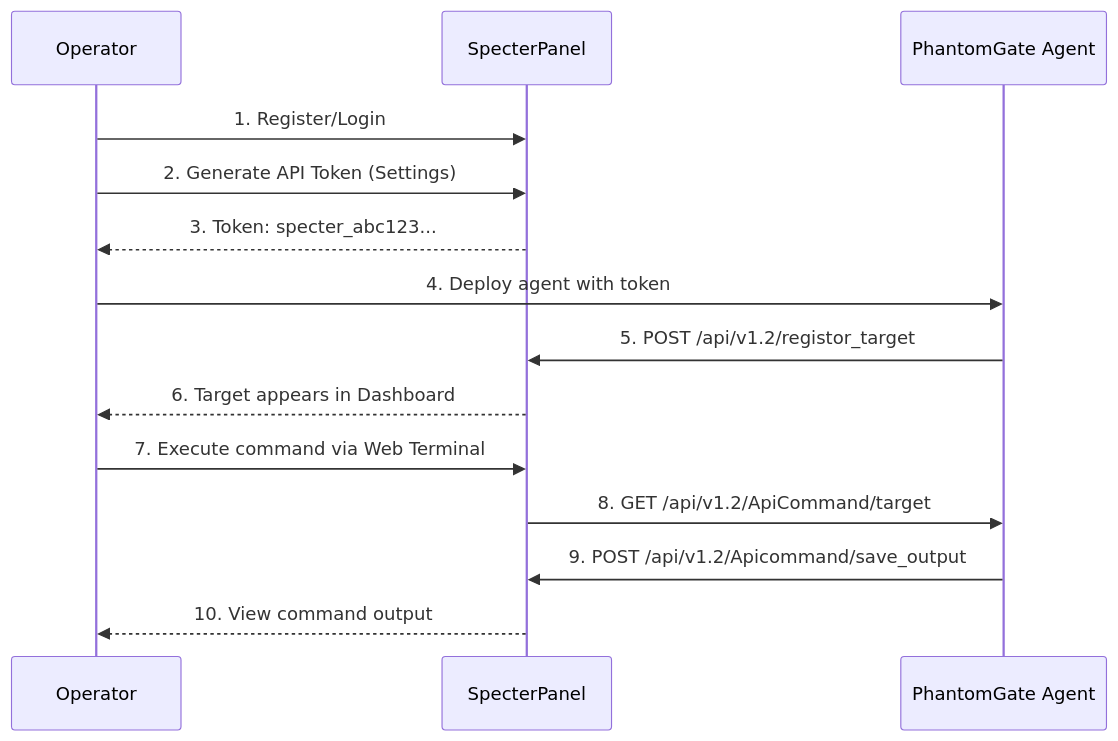
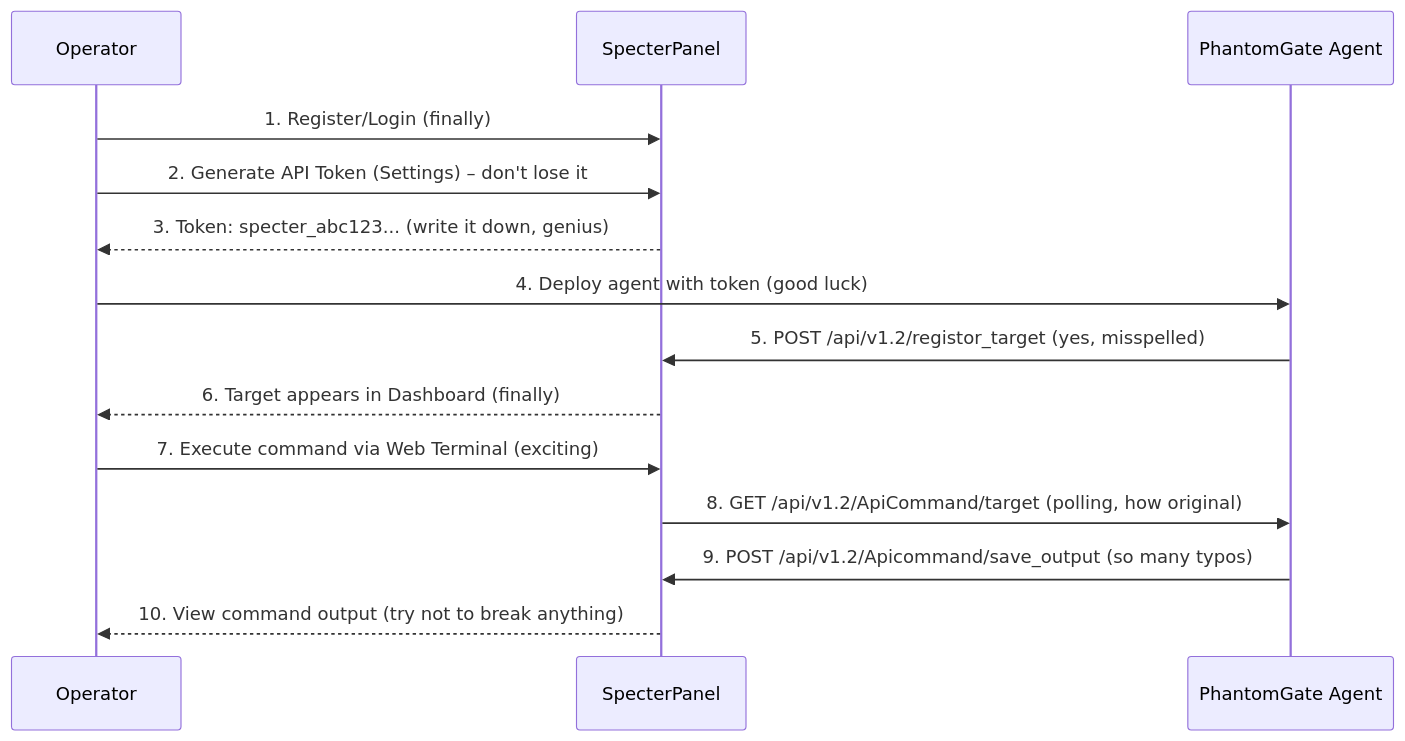
The diagram in README.md (omerKkemal/oh-tool-v2), drawn with Mermaid before and after one commit. The commit also changed other lines of this file, not shown here.

````diff
--- a/README.md
+++ b/README.md
@@ -35,14 +35,14 @@
 ```mermaid
 sequenceDiagram
     
-    Operator ->> SpecterPanel: 1. Register/Login
-    Operator ->> SpecterPanel: 2. Generate API Token (Settings)
-    SpecterPanel -->> Operator: 3. Token: specter_abc123...
-    Operator ->> PhantomGate Agent: 4. Deploy agent with token
-    PhantomGate Agent ->> SpecterPanel: 5. POST /api/v1.2/registor_target
-    SpecterPanel -->> Operator: 6. Target appears in Dashboard
-    Operator ->> SpecterPanel: 7. Execute command via Web Terminal
-    SpecterPanel ->> PhantomGate Agent: 8. GET /api/v1.2/ApiCommand/target
-    PhantomGate Agent ->> SpecterPanel: 9. POST /api/v1.2/Apicommand/save_output
-    SpecterPanel -->> Operator: 10. View command output
+    Operator ->> SpecterPanel: 1. Register/Login (finally)
+    Operator ->> SpecterPanel: 2. Generate API Token (Settings) – don't lose it
+    SpecterPanel -->> Operator: 3. Token: specter_abc123... (write it down, genius)
+    Operator ->> PhantomGate Agent: 4. Deploy agent with token (good luck)
+    PhantomGate Agent ->> SpecterPanel: 5. POST /api/v1.2/registor_target (yes, misspelled)
+    SpecterPanel -->> Operator: 6. Target appears in Dashboard (finally)
+    Operator ->> SpecterPanel: 7. Execute command via Web Terminal (exciting)
+    SpecterPanel ->> PhantomGate Agent: 8. GET /api/v1.2/ApiCommand/target (polling, how original)
+    PhantomGate Agent ->> SpecterPanel: 9. POST /api/v1.2/Apicommand/save_output (so many typos)
+    SpecterPanel -->> Operator: 10. View command output (try not to break anything)
 ```
````
